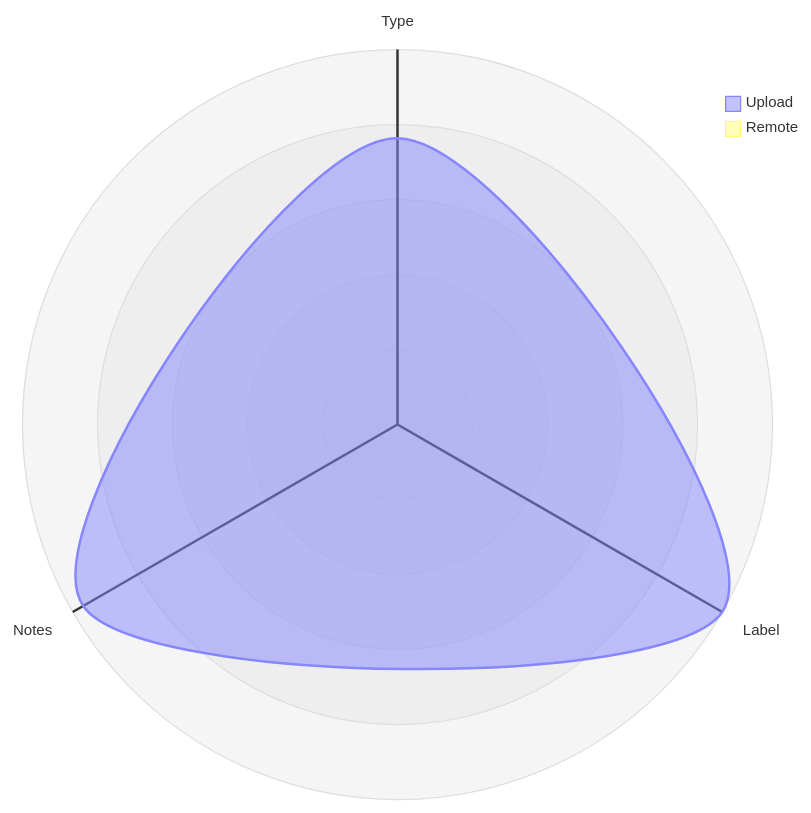
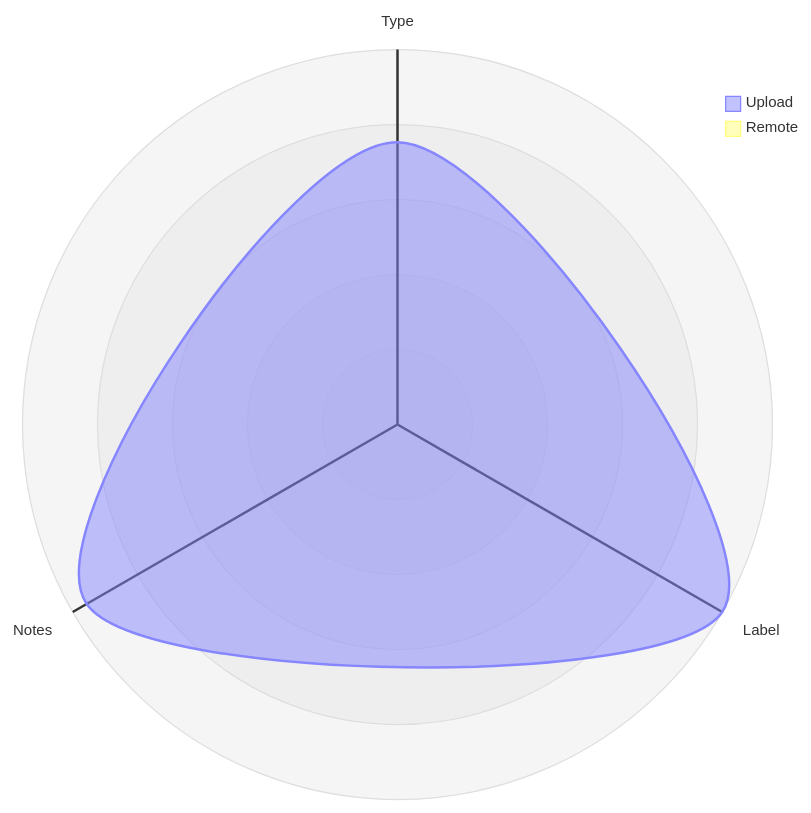
One commit to open-data/analytics-corporate-reporting changed the third of 5 diagrams in datastore_tracker/README.md. Above: the diagram before and after it, drawn with Mermaid. The commit also changed 6 other files, not shown here.

````diff
--- a/datastore_tracker/README.md
+++ b/datastore_tracker/README.md
@@ -104,12 +104,12 @@
 ```mermaid
 radar-beta
   axis T["Type"], L["Label"], N["Notes"]
-  curve u["Upload"]{0.00071, 0.00093, 0.0009}
+  curve u["Upload"]{0.0007, 0.00093, 0.00089}
   curve r["Remote"]{0, 0, 0}
 
   showLegend true
 
   min 0
   graticule circle
   ticks 5
 ```
````
